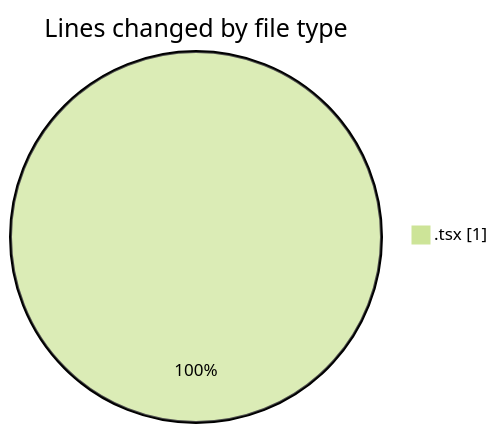
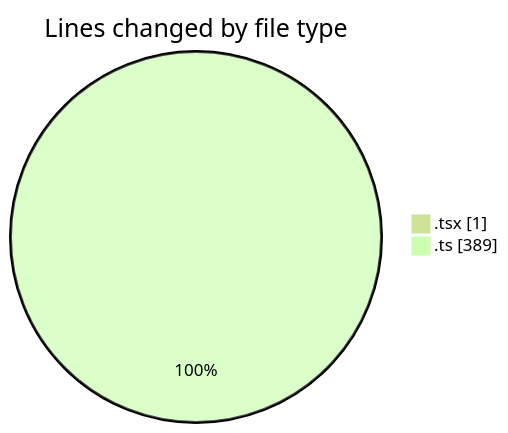
Before and after one commit to JenPaints/code-tracking: the first of 2 diagrams in 2025-06-26/archive/README.md, drawn with Mermaid (forest theme). The commit also changed other lines of this file and 1 other file, not shown here.

````diff
--- a/2025-06-26/archive/README.md
+++ b/2025-06-26/archive/README.md
@@ -20,5 +21,6 @@
 ```mermaid
 pie showData
 title Lines changed by file type
 ".tsx" : 1
+".ts" : 389
 ```
````
